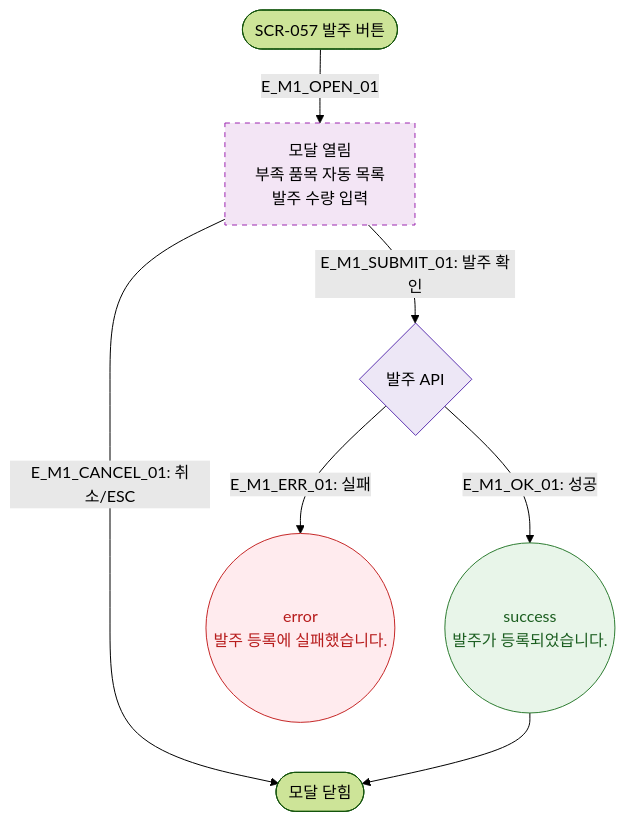
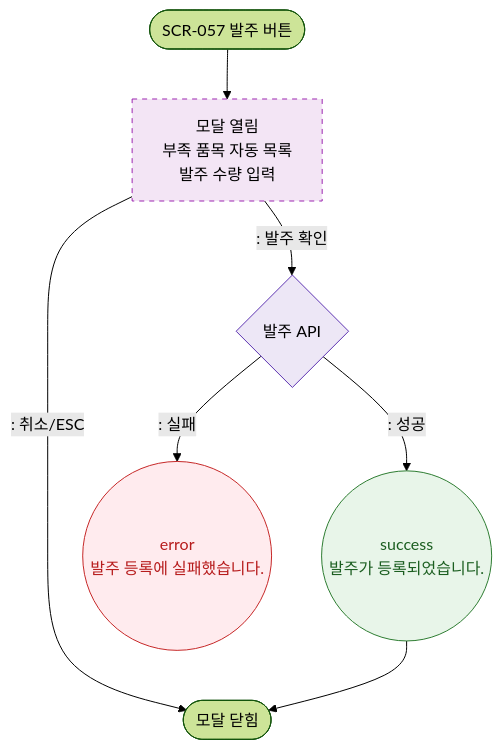
Before and after one commit to dev-spogym/admin-pando: the diagram in docs/다이어그램/D06_시설관리/DLG/DLG-057-003_발주생성/M1_생명주기.md, drawn with Mermaid (forest theme). The commit also changed other lines of this file and 1660 other files, not shown here.

First line of the commit message:
다이어그램: 기획자/클라이언트 납품본으로 정리

````diff
--- a/docs/다이어그램/D06_시설관리/DLG/DLG-057-003_발주생성/M1_생명주기.md
+++ b/docs/다이어그램/D06_시설관리/DLG/DLG-057-003_발주생성/M1_생명주기.md
@@ -16,18 +14,18 @@
 ```mermaid
 flowchart TD
-    TRIGGER([SCR-057 발주 버튼]) -->|E_M1_OPEN_01| OPEN[모달 열림\n부족 품목 자동 목록\n발주 수량 입력]
-    OPEN -->|"E_M1_SUBMIT_01: 발주 확인"| OrderAPI{발주 API}
-    OrderAPI -->|"E_M1_OK_01: 성공"| SUCCESS((success\n발주가 등록되었습니다.))
-    OrderAPI -->|"E_M1_ERR_01: 실패"| FAIL((error\n발주 등록에 실패했습니다.))
-    OPEN -->|"E_M1_CANCEL_01: 취소/ESC"| CLOSED([모달 닫힘])
+    TRIGGER([SCR-057 발주 버튼]) --> OPEN[모달 열림\n부족 품목 자동 목록\n발주 수량 입력]
+    OPEN -->|": 발주 확인"|OrderAPI{발주 API}
+    OrderAPI -->|": 성공"|SUCCESS((success\n발주가 등록되었습니다.))
+    OrderAPI -->|": 실패"|FAIL((error\n발주 등록에 실패했습니다.))
+    OPEN -->|": 취소/ESC"|CLOSED([모달 닫힘])
     SUCCESS --> CLOSED
 
     classDef newFeature fill:#F3E5F5,stroke:#9C27B0,stroke-dasharray:5 5
     classDef success fill:#E8F5E9,stroke:#2E7D32,color:#1B5E20
     classDef error fill:#FFEBEE,stroke:#C62828,color:#B71C1C
     classDef system fill:#EDE7F6,stroke:#5E35B2
     class OPEN newFeature
     class SUCCESS success
     class FAIL error
     class OrderAPI system
 ```
````
